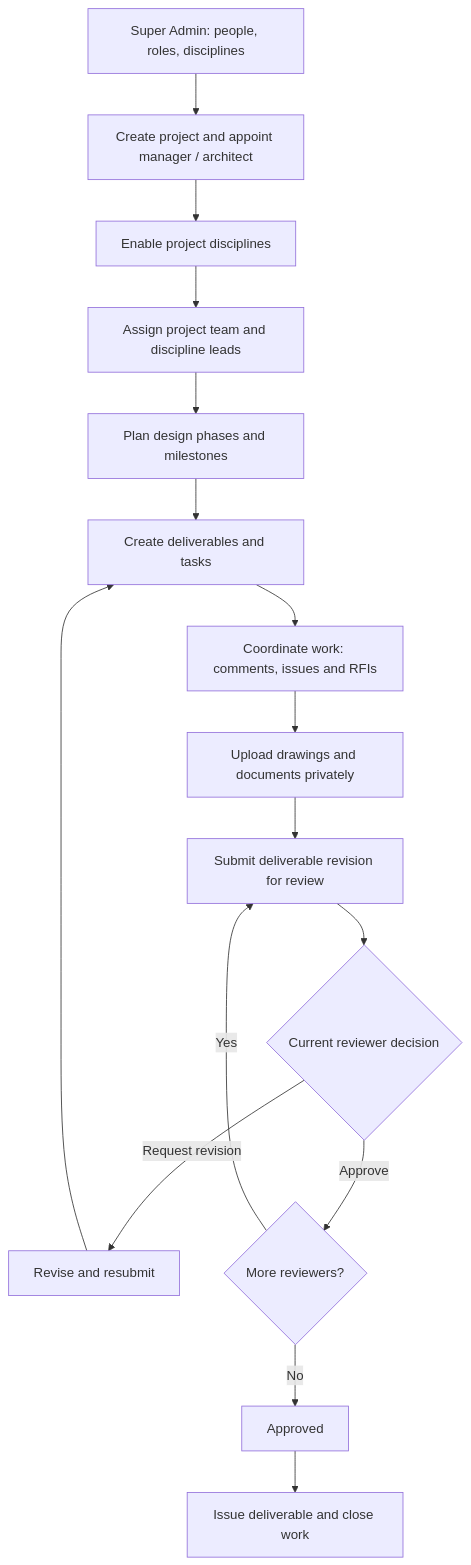
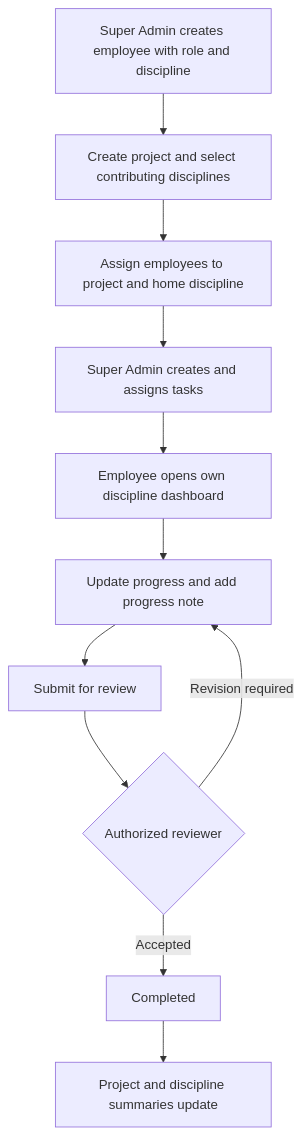
One commit to ramosjohndexter50-blip/Project-Monitoring changed the diagram in WORKFLOW.md. Above: the diagram before and after it, drawn with Mermaid. The commit also changed other lines of this file and 13 other files, not shown here.

````diff
--- a/WORKFLOW.md
+++ b/WORKFLOW.md
@@ -9,18 +9,13 @@
 ```mermaid
 flowchart TD
-    A[Super Admin: people, roles, disciplines] --> B[Create project and appoint manager / architect]
-    B --> C[Enable project disciplines]
-    C --> D[Assign project team and discipline leads]
-    D --> E[Plan design phases and milestones]
-    E --> F[Create deliverables and tasks]
-    F --> G[Coordinate work: comments, issues and RFIs]
-    G --> H[Upload drawings and documents privately]
-    H --> I[Submit deliverable revision for review]
-    I --> J{Current reviewer decision}
-    J -->|Request revision| K[Revise and resubmit]
-    K --> F
-    J -->|Approve| L{More reviewers?}
-    L -->|Yes| I
-    L -->|No| M[Approved]
-    M --> N[Issue deliverable and close work]
+    A[Super Admin creates employee with role and discipline] --> B[Create project and select contributing disciplines]
+    B --> C[Assign employees to project and home discipline]
+    C --> D[Super Admin creates and assigns tasks]
+    D --> E[Employee opens own discipline dashboard]
+    E --> F[Update progress and add progress note]
+    F --> G[Submit for review]
+    G --> H{Authorized reviewer}
+    H -->|Revision required| F
+    H -->|Accepted| I[Completed]
+    I --> J[Project and discipline summaries update]
 ```
````
